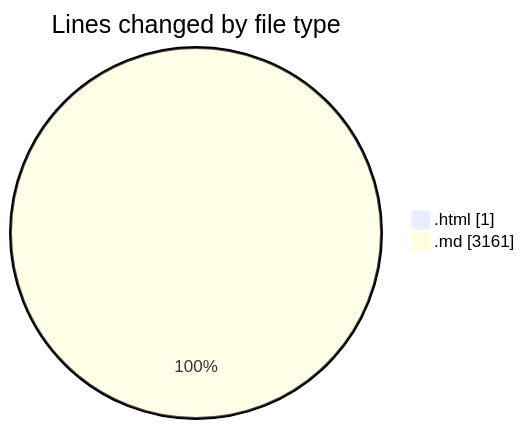
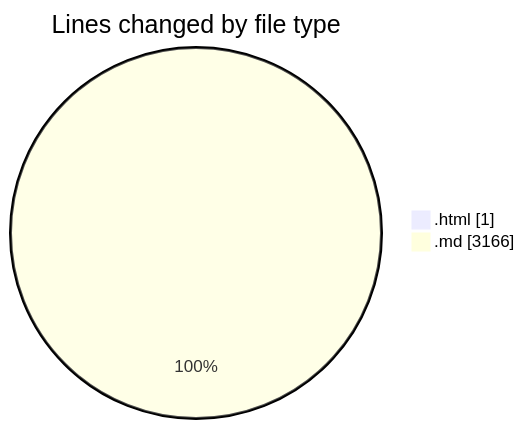
One commit to Ritupan-Deka/code-tracking changed the first of 2 diagrams in 2025-07-08/urlwebwala_intership_work/README.md. Above: the diagram before and after it, drawn with Mermaid. The commit also changed other lines of this file and 1 other file, not shown here.

````diff
--- a/2025-07-08/urlwebwala_intership_work/README.md
+++ b/2025-07-08/urlwebwala_intership_work/README.md
@@ -21,6 +21,6 @@
 ```mermaid
 pie showData
 title Lines changed by file type
 ".html" : 1
-".md" : 3161
+".md" : 3166
 ```
````
